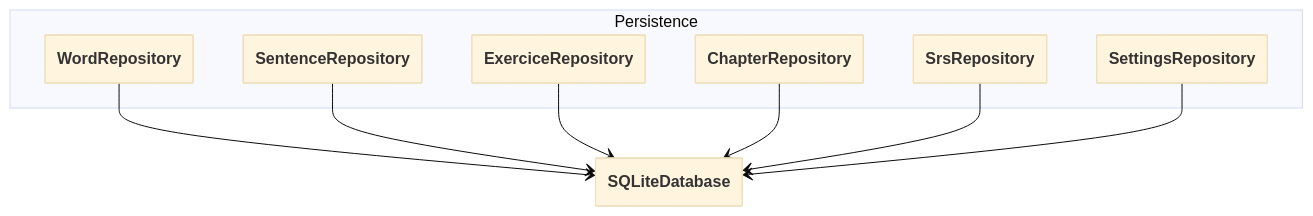
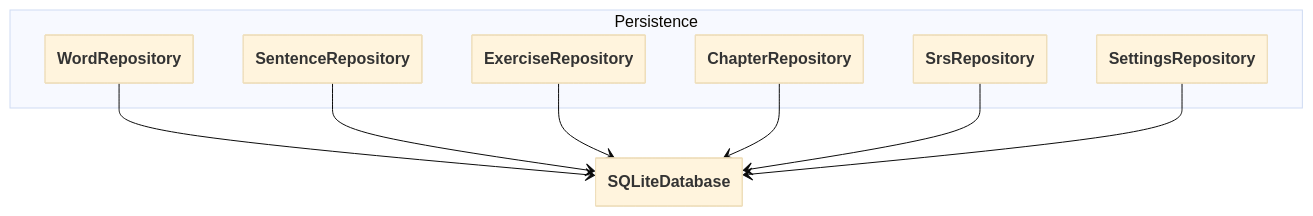
Before and after one commit to Antoine-Lagache/psitta: the diagram in docs/architecture/persistence.md, drawn with Mermaid (base theme). The commit also changed other lines of this file and 14 other files, not shown here.

````diff
--- a/docs/architecture/persistence.md
+++ b/docs/architecture/persistence.md
@@ -22,22 +22,22 @@
 ```mermaid
 %%{init: {"class": {"hideEmptyMembersBox": true}} }%%
 classDiagram
 
 namespace Persistence {
   class WordRepository
   class SentenceRepository
-  class ExerciceRepository
+  class ExerciseRepository
   class ChapterRepository
   class SrsRepository
   class SettingsRepository
 }
 
 class SQLiteDatabase
 
 WordRepository --> SQLiteDatabase
 SentenceRepository --> SQLiteDatabase
-ExerciceRepository --> SQLiteDatabase
+ExerciseRepository --> SQLiteDatabase
 ChapterRepository --> SQLiteDatabase
 SrsRepository --> SQLiteDatabase
 SettingsRepository --> SQLiteDatabase
 ```
````
